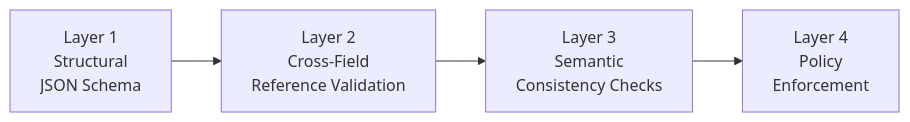
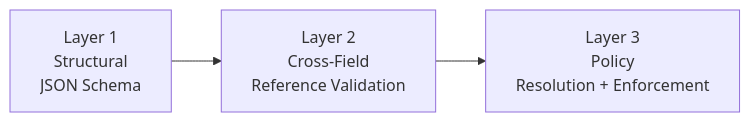
The second of 2 diagrams in docs/architecture.md (TrianaLab/pacto), drawn with Mermaid before and after one commit. The commit also changed other lines of this file and 101 other files, not shown here.

````diff
--- a/docs/architecture.md
+++ b/docs/architecture.md
@@ -176,6 +179,5 @@
 ```mermaid
 flowchart LR
     A[Layer 1<br/>Structural<br/>JSON Schema] --> B[Layer 2<br/>Cross-Field<br/>Reference Validation]
-    B --> C[Layer 3<br/>Semantic<br/>Consistency Checks]
-    C --> D[Layer 4<br/>Policy<br/>Enforcement]
+    B --> C[Layer 3<br/>Policy<br/>Resolution + Enforcement]
 ```
````
